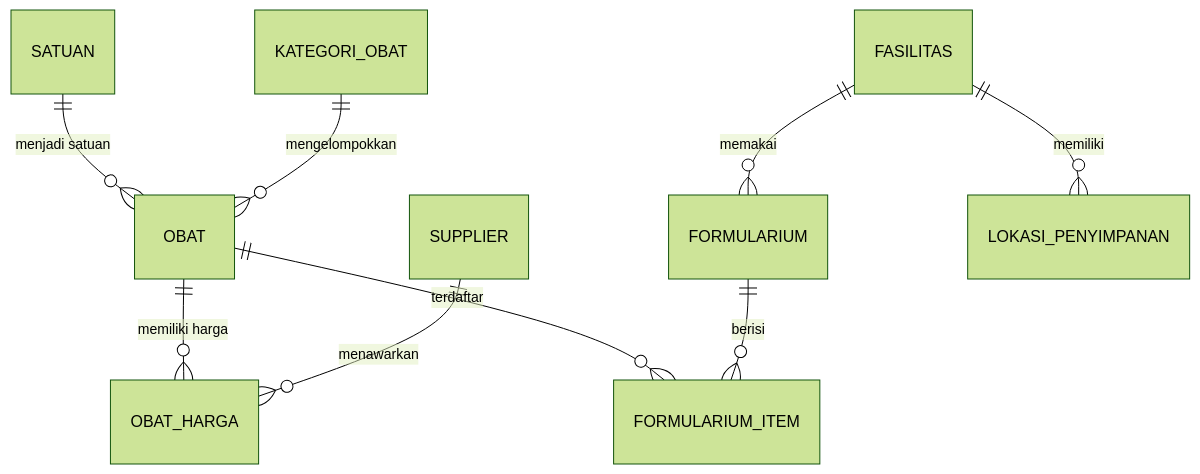
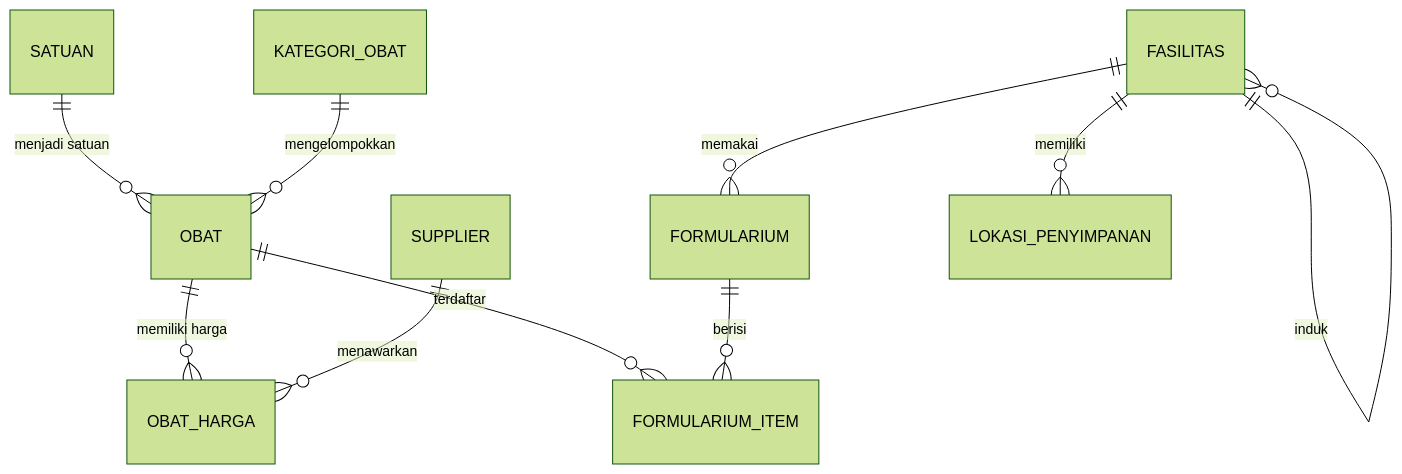
The first of 4 diagrams in docs/DATA-MODEL.md (enginermagang-hue/dinkes), drawn with Mermaid (forest theme) before and after one commit. The commit also changed other lines of this file and 13 other files, not shown here.

First line of the commit message:
docs: sync PRD, data model, API contract, and diagrams

````diff
--- a/docs/DATA-MODEL.md
+++ b/docs/DATA-MODEL.md
@@ -46,11 +46,12 @@
 ```mermaid
 erDiagram
     SATUAN ||--o{ OBAT : "menjadi satuan"
     KATEGORI_OBAT ||--o{ OBAT : "mengelompokkan"
     OBAT ||--o{ OBAT_HARGA : "memiliki harga"
     SUPPLIER ||--o{ OBAT_HARGA : "menawarkan"
     OBAT ||--o{ FORMULARIUM_ITEM : "terdaftar"
     FORMULARIUM ||--o{ FORMULARIUM_ITEM : "berisi"
     FASILITAS ||--o{ LOKASI_PENYIMPANAN : "memiliki"
+    FASILITAS ||--o{ FASILITAS : "induk"
     FASILITAS ||--o{ FORMULARIUM : "memakai"
 ```
````
